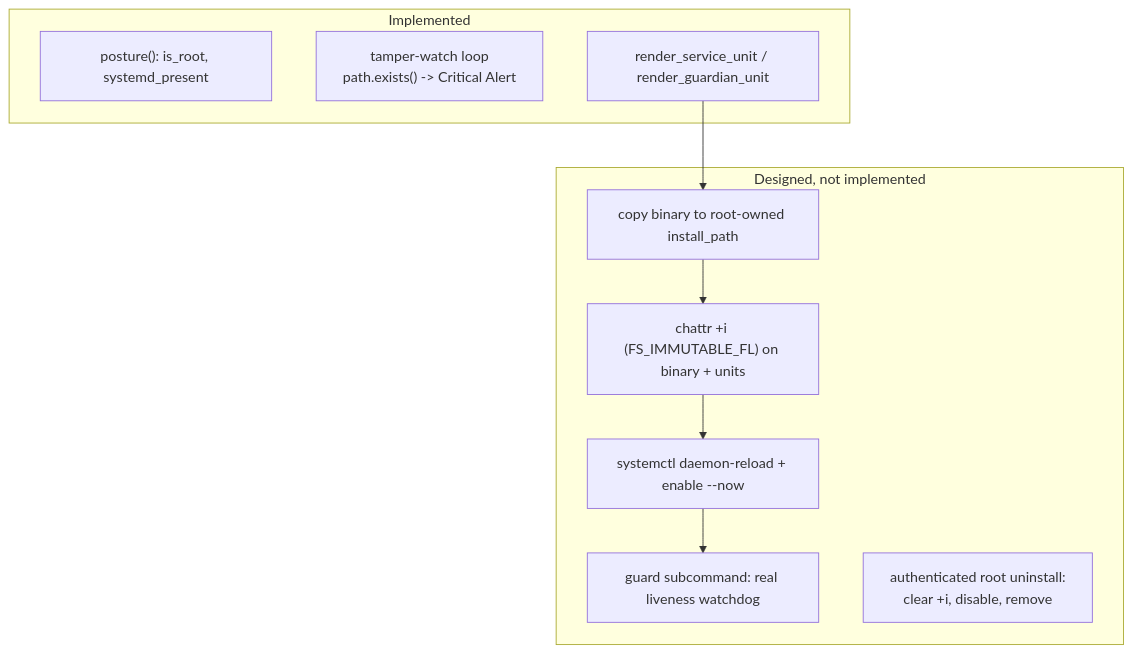
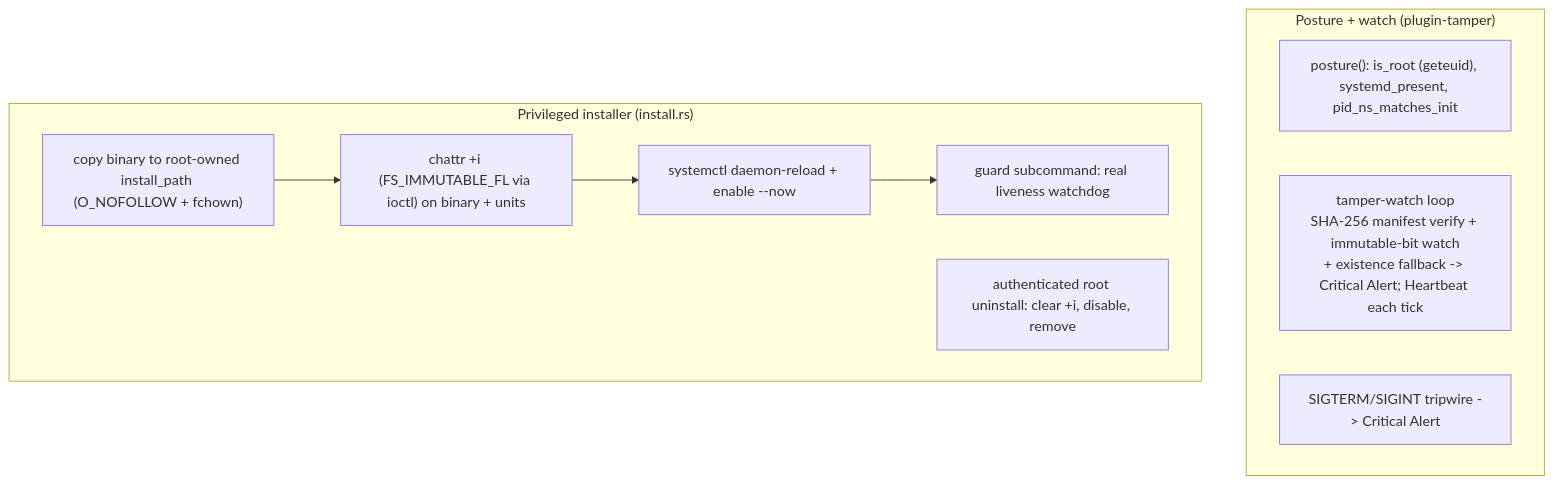
One commit to AnthonyHerman/insider-threat-profiling changed the ninth of 9 diagrams in docs/ARCHITECTURE.md. Above: the diagram before and after it, drawn with Mermaid. The commit also changed other lines of this file and 7 other files, not shown here.

````diff
--- a/docs/ARCHITECTURE.md
+++ b/docs/ARCHITECTURE.md
@@ -763,17 +931,16 @@
 ```mermaid
 flowchart TB
-  subgraph Implemented
-    POS["posture(): is_root, systemd_present"]
-    WATCH["tamper-watch loop\npath.exists() -> Critical Alert"]
-    SPEC["render_service_unit / render_guardian_unit"]
+  subgraph Posture["Posture + watch (plugin-tamper)"]
+    POS["posture(): is_root (geteuid), systemd_present, pid_ns_matches_init"]
+    WATCH["tamper-watch loop\nSHA-256 manifest verify + immutable-bit watch\n+ existence fallback -> Critical Alert; Heartbeat each tick"]
+    TRIP["SIGTERM/SIGINT tripwire -> Critical Alert"]
   end
-  subgraph Designed_not_implemented["Designed, not implemented"]
-    COPY["copy binary to root-owned install_path"]
-    IMM["chattr +i (FS_IMMUTABLE_FL) on binary + units"]
+  subgraph Install["Privileged installer (install.rs)"]
+    COPY["copy binary to root-owned install_path (O_NOFOLLOW + fchown)"]
+    IMM["chattr +i (FS_IMMUTABLE_FL via ioctl) on binary + units"]
     ENABLE["systemctl daemon-reload + enable --now"]
     GUARD["guard subcommand: real liveness watchdog"]
-    UNINST["authenticated root uninstall:\nclear +i, disable, remove"]
+    UNINST["authenticated root uninstall: clear +i, disable, remove"]
   end
-  SPEC --> COPY --> IMM --> ENABLE
-  ENABLE --> GUARD
+  COPY --> IMM --> ENABLE --> GUARD
 ```
````
